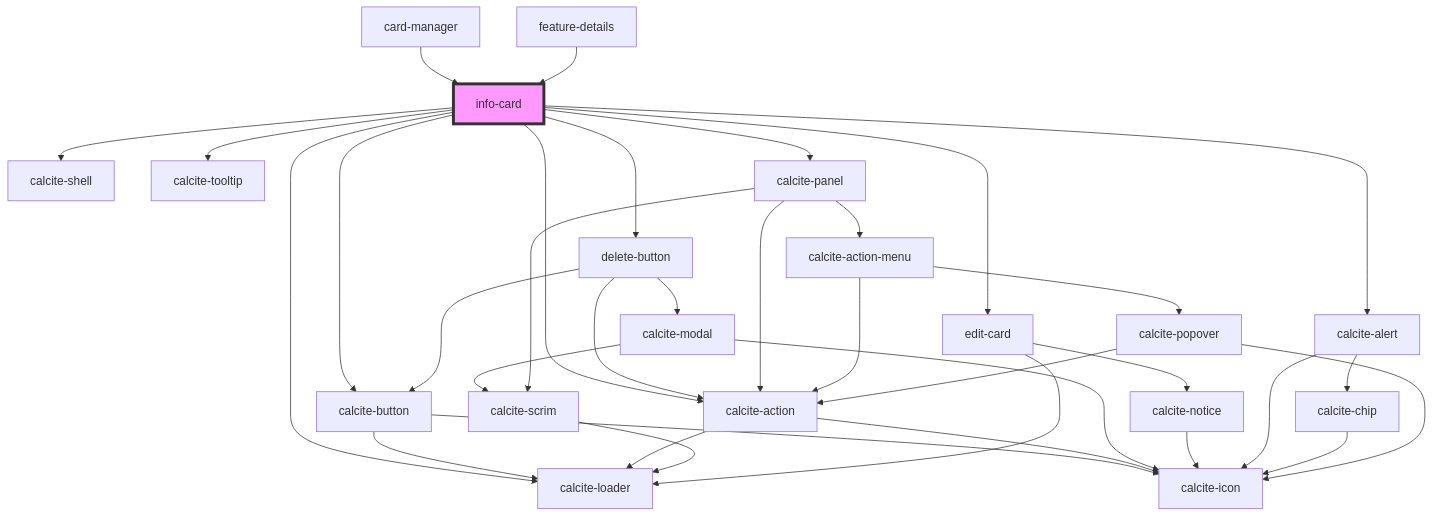
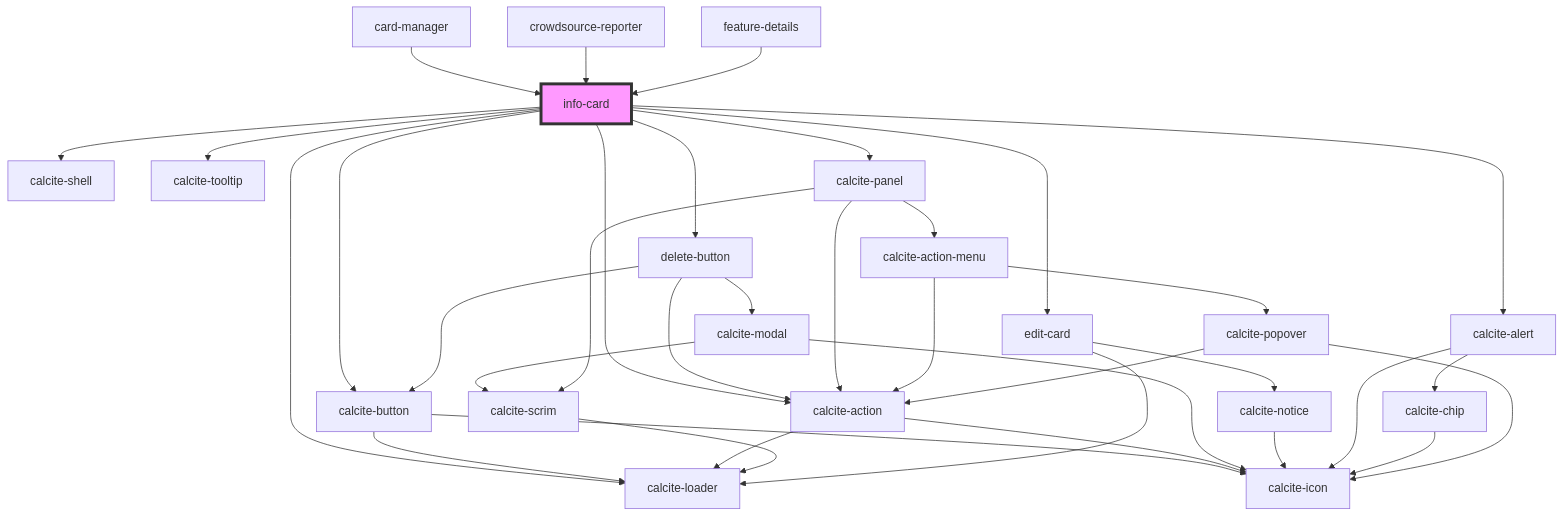
Before and after one commit to Esri/solutions-components: the diagram in src/components/info-card/readme.md, drawn with Mermaid. The commit also changed other lines of this file and 6 other files, not shown here.

````diff
--- a/src/components/info-card/readme.md
+++ b/src/components/info-card/readme.md
@@ -120,38 +121,39 @@
 ```mermaid
 graph TD;
   info-card --> calcite-shell
   info-card --> calcite-loader
   info-card --> calcite-button
   info-card --> delete-button
   info-card --> calcite-tooltip
   info-card --> calcite-action
   info-card --> edit-card
   info-card --> calcite-alert
   info-card --> calcite-panel
   calcite-button --> calcite-loader
   calcite-button --> calcite-icon
   delete-button --> calcite-button
   delete-button --> calcite-action
   delete-button --> calcite-modal
   calcite-action --> calcite-loader
   calcite-action --> calcite-icon
   calcite-modal --> calcite-scrim
   calcite-modal --> calcite-icon
   calcite-scrim --> calcite-loader
   edit-card --> calcite-notice
   edit-card --> calcite-loader
   calcite-notice --> calcite-icon
   calcite-alert --> calcite-icon
   calcite-alert --> calcite-chip
   calcite-chip --> calcite-icon
   calcite-panel --> calcite-action
   calcite-panel --> calcite-action-menu
   calcite-panel --> calcite-scrim
   calcite-action-menu --> calcite-action
   calcite-action-menu --> calcite-popover
   calcite-popover --> calcite-action
   calcite-popover --> calcite-icon
   card-manager --> info-card
+  crowdsource-reporter --> info-card
   feature-details --> info-card
   style info-card fill:#f9f,stroke:#333,stroke-width:4px
 ```
````
